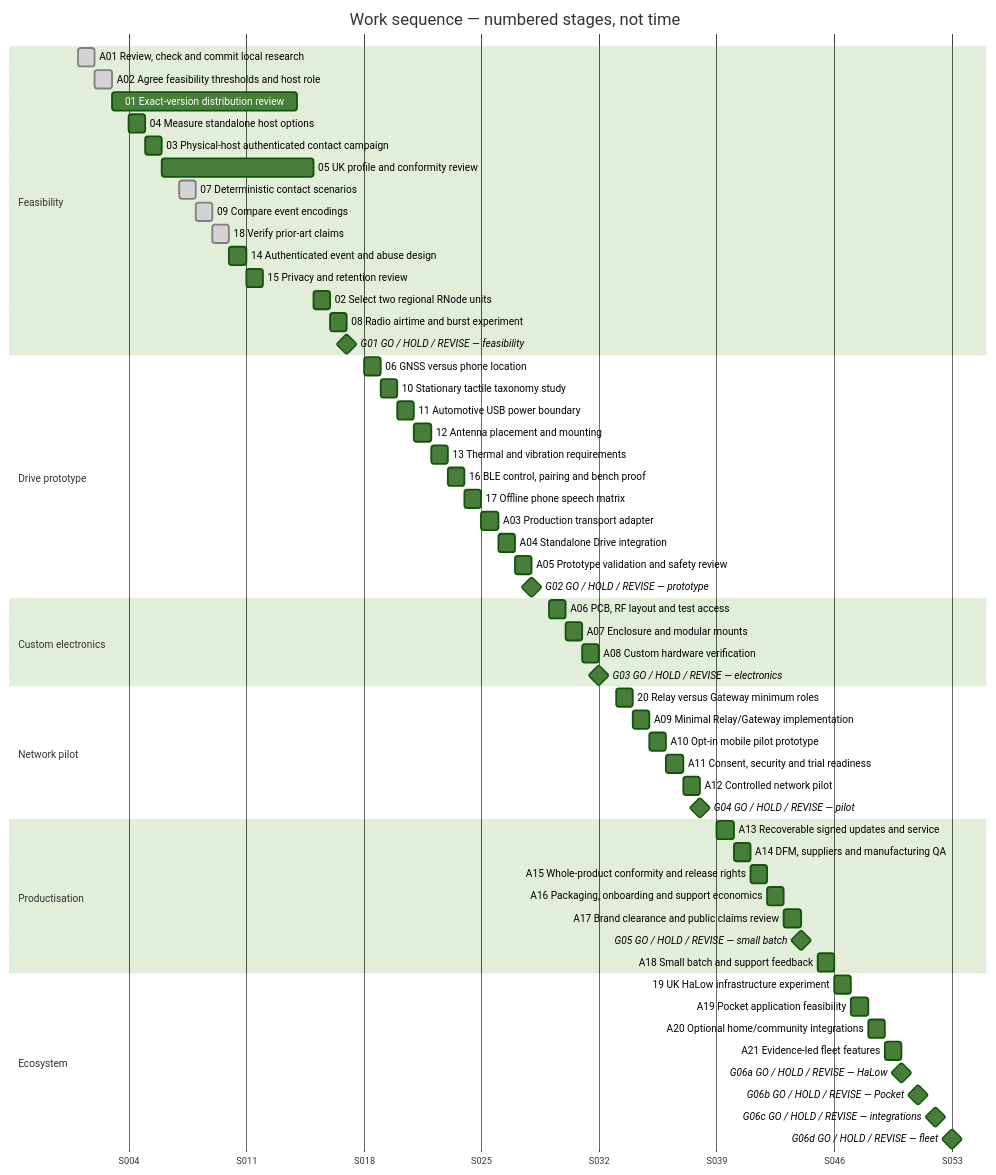
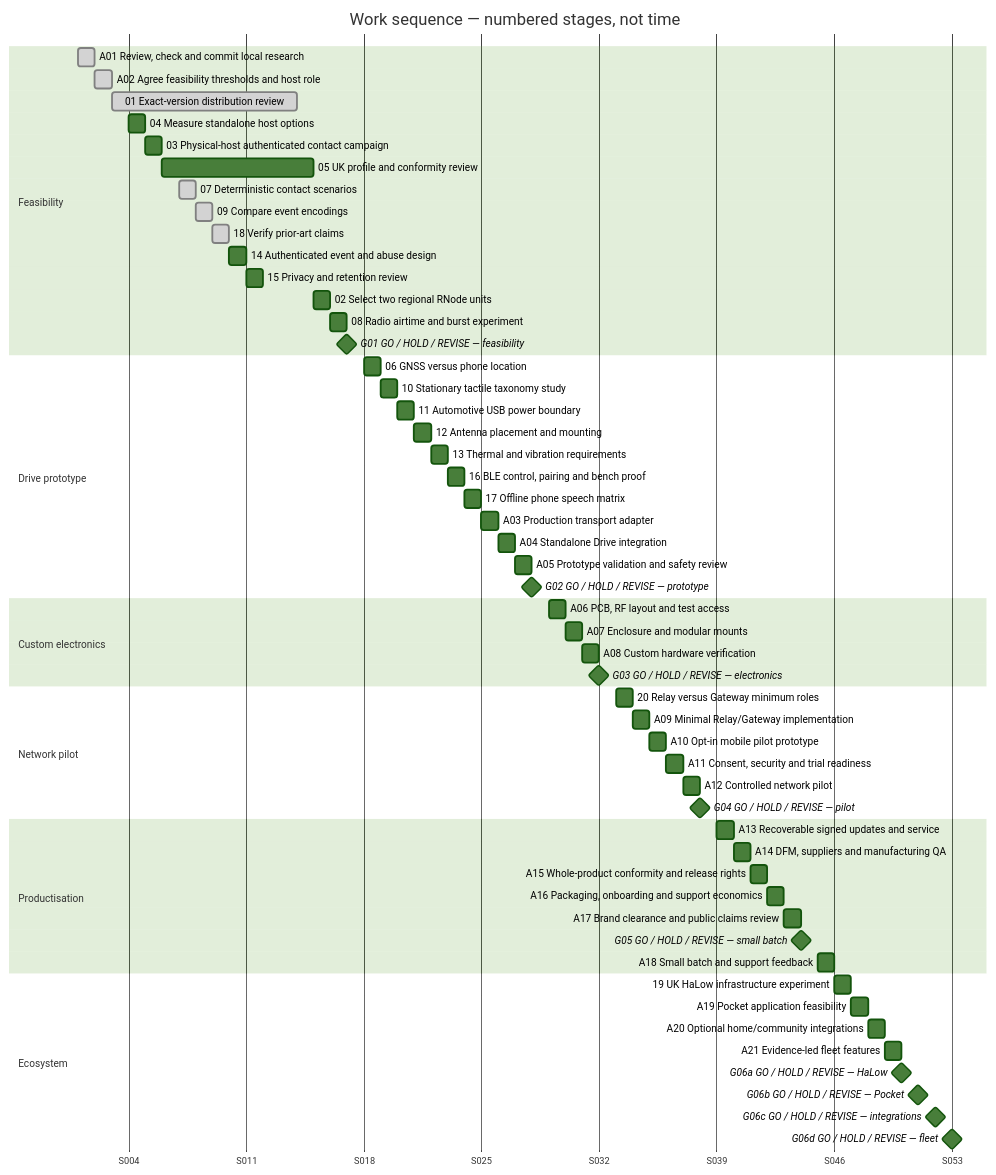
One commit to Hathorsoft/wawet changed the second of 2 diagrams in docs/project-plan.md. Above: the diagram before and after it, drawn with Mermaid (forest theme). The commit also changed other lines of this file and 11 other files, not shown here.

````diff
--- a/docs/project-plan.md
+++ b/docs/project-plan.md
@@ -101,63 +103,63 @@
 ```mermaid
 gantt
     title Work sequence — numbered stages, not time
     dateFormat YYYY-MM-DD
     axisFormat S%j
     todayMarker off
     section Feasibility
     A01 Review, check and commit local research :done, A01, 1970-01-01, 1d
     A02 Agree feasibility thresholds and host role :done, A02, 1970-01-02, 1d
-    01 Exact-version distribution review :01, 1970-01-03, 11d
+    01 Exact-version distribution review :done, 01, 1970-01-03, 11d
     04 Measure standalone host options :04, 1970-01-04, 1d
     03 Physical-host authenticated contact campaign :03, 1970-01-05, 1d
     05 UK profile and conformity review :05, 1970-01-06, 9d
     07 Deterministic contact scenarios :done, 07, 1970-01-07, 1d
     09 Compare event encodings :done, 09, 1970-01-08, 1d
     18 Verify prior-art claims :done, 18, 1970-01-09, 1d
     14 Authenticated event and abuse design :14, 1970-01-10, 1d
     15 Privacy and retention review :15, 1970-01-11, 1d
     02 Select two regional RNode units :02, 1970-01-15, 1d
     08 Radio airtime and burst experiment :08, 1970-01-16, 1d
     G01 GO / HOLD / REVISE — feasibility :milestone, G01, 1970-01-17, 0d
     section Drive prototype
     06 GNSS versus phone location :06, 1970-01-18, 1d
     10 Stationary tactile taxonomy study :10, 1970-01-19, 1d
     11 Automotive USB power boundary :11, 1970-01-20, 1d
     12 Antenna placement and mounting :12, 1970-01-21, 1d
     13 Thermal and vibration requirements :13, 1970-01-22, 1d
     16 BLE control, pairing and bench proof :16, 1970-01-23, 1d
     17 Offline phone speech matrix :17, 1970-01-24, 1d
     A03 Production transport adapter :A03, 1970-01-25, 1d
     A04 Standalone Drive integration :A04, 1970-01-26, 1d
     A05 Prototype validation and safety review :A05, 1970-01-27, 1d
     G02 GO / HOLD / REVISE — prototype :milestone, G02, 1970-01-28, 0d
     section Custom electronics
     A06 PCB, RF layout and test access :A06, 1970-01-29, 1d
     A07 Enclosure and modular mounts :A07, 1970-01-30, 1d
     A08 Custom hardware verification :A08, 1970-01-31, 1d
     G03 GO / HOLD / REVISE — electronics :milestone, G03, 1970-02-01, 0d
     section Network pilot
     20 Relay versus Gateway minimum roles :20, 1970-02-02, 1d
     A09 Minimal Relay/Gateway implementation :A09, 1970-02-03, 1d
     A10 Opt-in mobile pilot prototype :A10, 1970-02-04, 1d
     A11 Consent, security and trial readiness :A11, 1970-02-05, 1d
     A12 Controlled network pilot :A12, 1970-02-06, 1d
     G04 GO / HOLD / REVISE — pilot :milestone, G04, 1970-02-07, 0d
     section Productisation
     A13 Recoverable signed updates and service :A13, 1970-02-08, 1d
     A14 DFM, suppliers and manufacturing QA :A14, 1970-02-09, 1d
     A15 Whole-product conformity and release rights :A15, 1970-02-10, 1d
     A16 Packaging, onboarding and support economics :A16, 1970-02-11, 1d
     A17 Brand clearance and public claims review :A17, 1970-02-12, 1d
     G05 GO / HOLD / REVISE — small batch :milestone, G05, 1970-02-13, 0d
     A18 Small batch and support feedback :A18, 1970-02-14, 1d
     section Ecosystem
     19 UK HaLow infrastructure experiment :19, 1970-02-15, 1d
     A19 Pocket application feasibility :A19, 1970-02-16, 1d
     A20 Optional home/community integrations :A20, 1970-02-17, 1d
     A21 Evidence-led fleet features :A21, 1970-02-18, 1d
     G06a GO / HOLD / REVISE — HaLow :milestone, G06a, 1970-02-19, 0d
     G06b GO / HOLD / REVISE — Pocket :milestone, G06b, 1970-02-20, 0d
     G06c GO / HOLD / REVISE — integrations :milestone, G06c, 1970-02-21, 0d
     G06d GO / HOLD / REVISE — fleet :milestone, G06d, 1970-02-22, 0d
 ```
````
